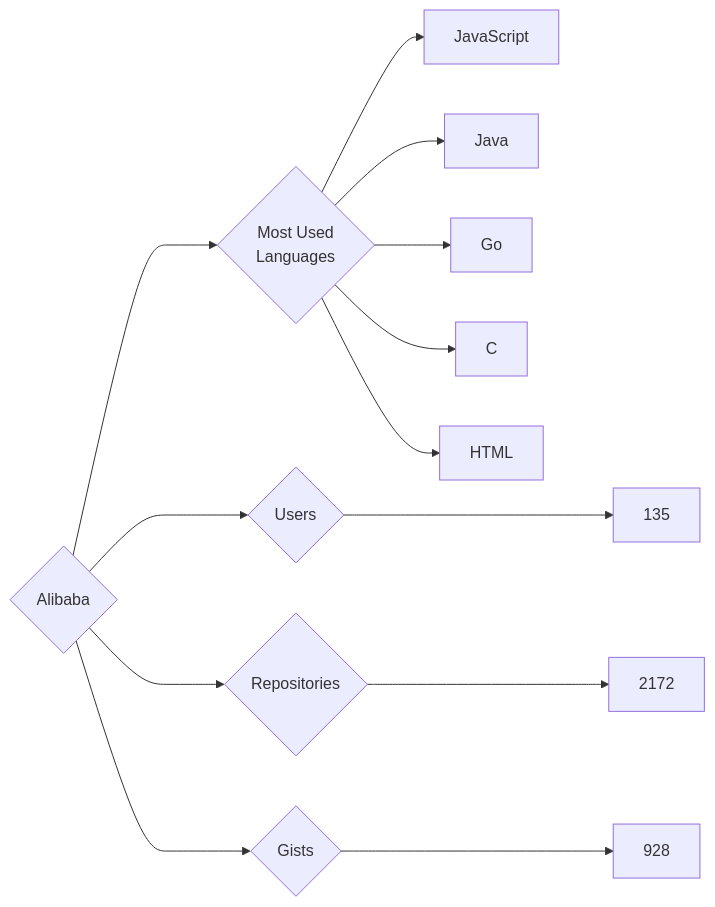
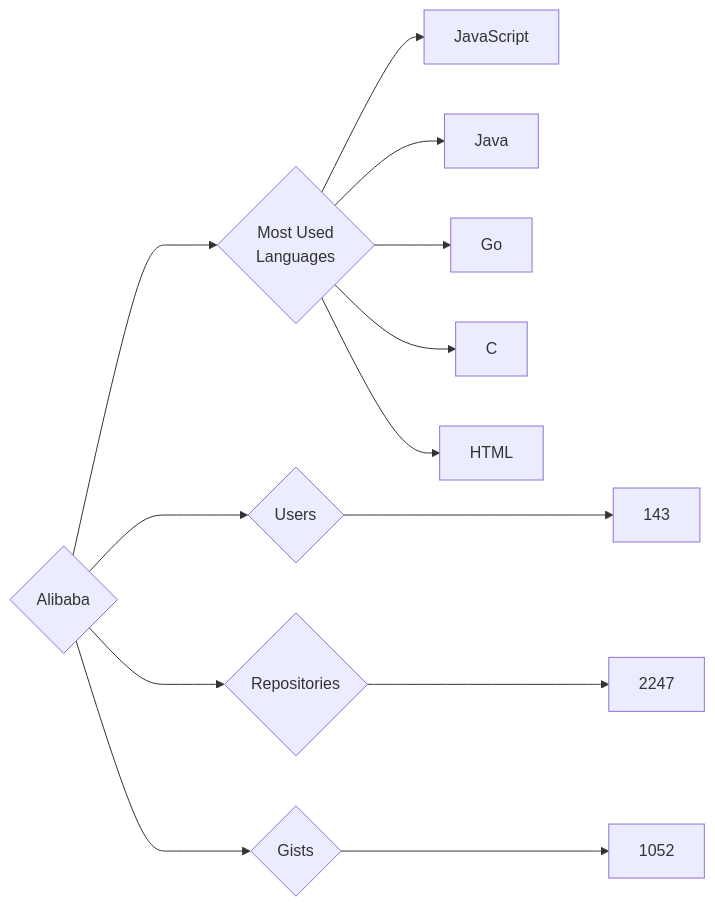
The diagram in targets/Alibaba/README.md (trickest/insiders), drawn with Mermaid before and after one commit. The commit also changed 984 other files, not shown here.

````diff
--- a/targets/Alibaba/README.md
+++ b/targets/Alibaba/README.md
@@ -3,13 +3,13 @@
 ```mermaid
 graph LR
 COMPANY_NAME{Alibaba}
-COMPANY_NAME ---> U{Users} ---> UN[135]
-COMPANY_NAME ---> R{Repositories} ---> RN[2172]
-COMPANY_NAME ---> G{Gists} ---> GN[928]
+COMPANY_NAME ---> U{Users} ---> UN[143]
+COMPANY_NAME ---> R{Repositories} ---> RN[2247]
+COMPANY_NAME ---> G{Gists} ---> GN[1052]
 COMPANY_NAME ---> ML{Most Used<br>Languages}
 ML --> JavaScript[JavaScript]
 ML --> Java[Java]
 ML --> Go[Go]
 ML --> C[C]
 ML --> HTML[HTML]
 ```
````
